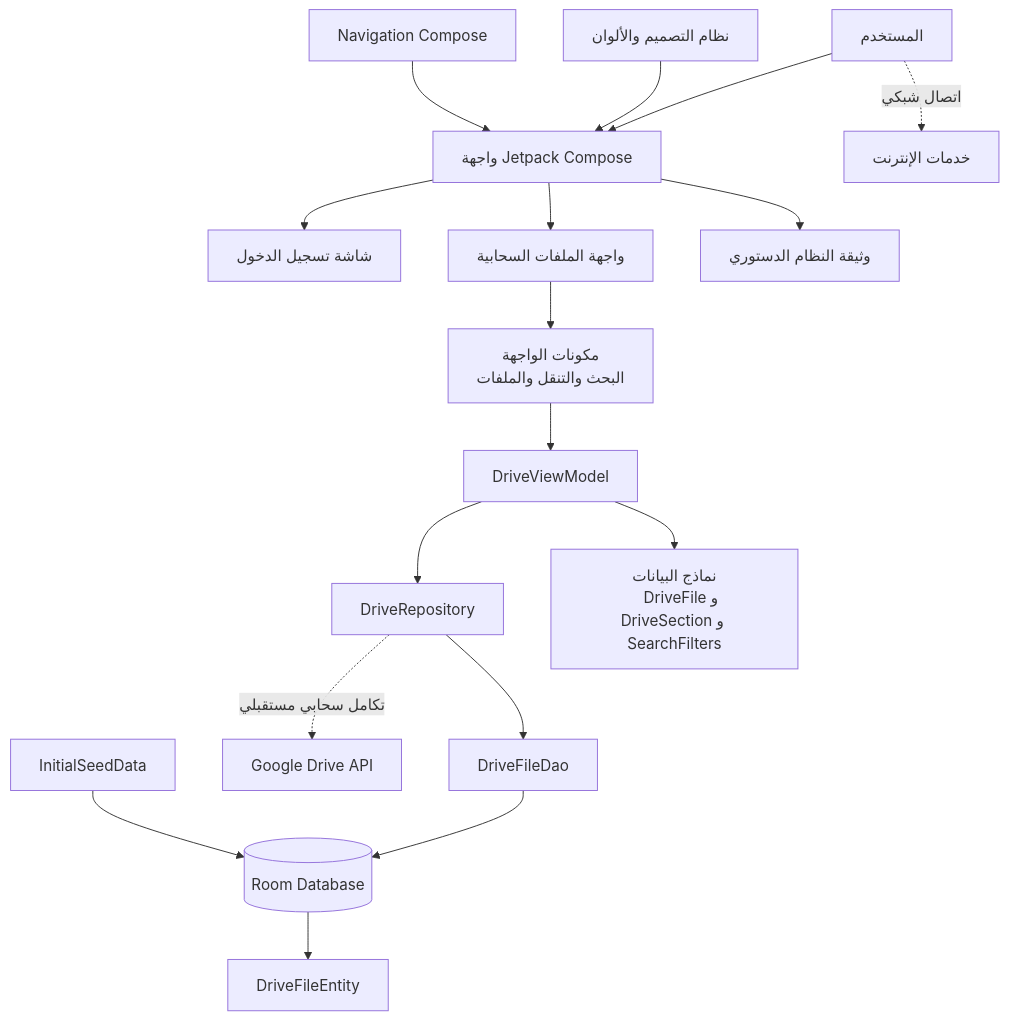
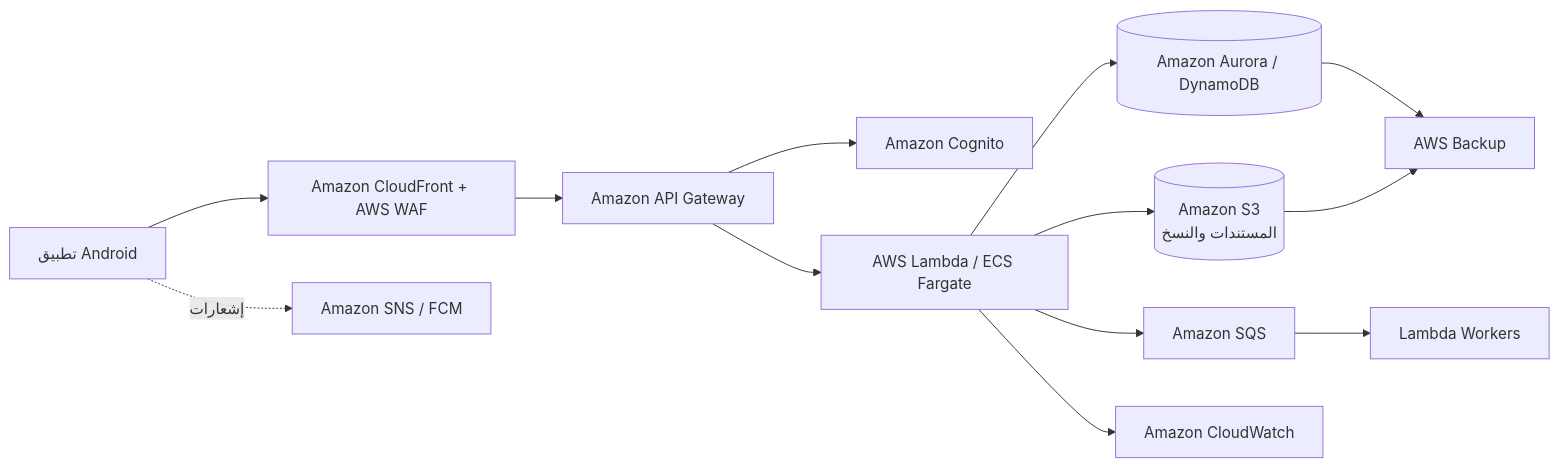
The second of 4 diagrams in docs/architecture-overview.md (Alnizamdmh/Nizamdmh10), drawn with Mermaid before and after one commit. The commit also changed other lines of this file, not shown here.

Commit message:
docs: enhance presentation architecture with cloud deployment options

````diff
--- a/docs/architecture-overview.md
+++ b/docs/architecture-overview.md
@@ -5,27 +41,15 @@
 ```mermaid
-flowchart TD
-    User[المستخدم] --> UI[واجهة Jetpack Compose]
-
-    UI --> SignIn[شاشة تسجيل الدخول]
-    UI --> DriveHome[واجهة الملفات السحابية]
-    UI --> Report[وثيقة النظام الدستوري]
-
-    DriveHome --> Components[مكونات الواجهة
-    البحث والتنقل والملفات]
-    Components --> VM[DriveViewModel]
-
-    VM --> Repository[DriveRepository]
-    Repository --> DAO[DriveFileDao]
-    DAO --> Room[(Room Database)]
-    Room --> Entity[DriveFileEntity]
-
-    VM --> Models[نماذج البيانات
-    DriveFile و DriveSection و SearchFilters]
-
-    Repository -. تكامل سحابي مستقبلي .-> Drive[Google Drive API]
-    User -. اتصال شبكي .-> Network[خدمات الإنترنت]
-
-    Theme[نظام التصميم والألوان] --> UI
-    Navigation[Navigation Compose] --> UI
-    Seed[InitialSeedData] --> Room
+flowchart LR
+    App[تطبيق Android] --> Edge[Amazon CloudFront + AWS WAF]
+    Edge --> API[Amazon API Gateway]
+    API --> Auth[Amazon Cognito]
+    API --> Lambda[AWS Lambda / ECS Fargate]
+    Lambda --> DB[(Amazon Aurora / DynamoDB)]
+    Lambda --> S3[(Amazon S3<br/>المستندات والنسخ)]
+    Lambda --> Queue[Amazon SQS]
+    Queue --> Worker[Lambda Workers]
+    App -. إشعارات .-> SNS[Amazon SNS / FCM]
+    Lambda --> Logs[Amazon CloudWatch]
+    DB --> Backup[AWS Backup]
+    S3 --> Backup
 ```
````
